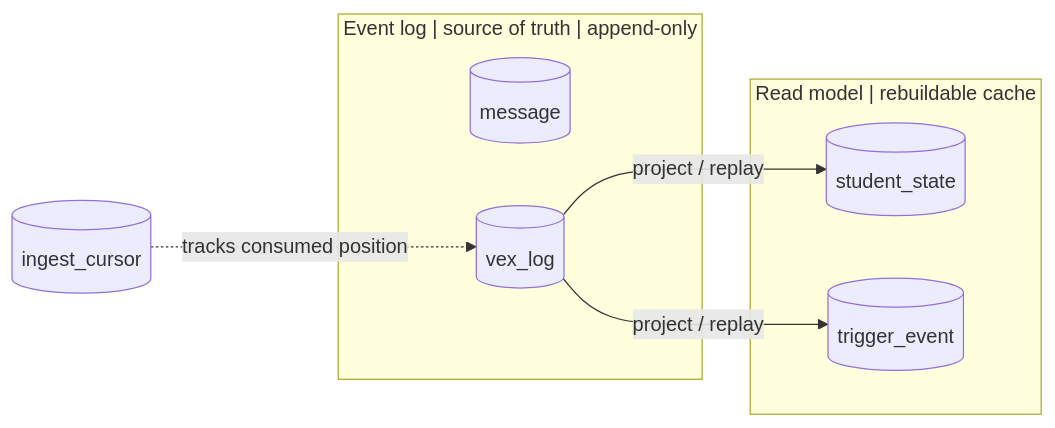
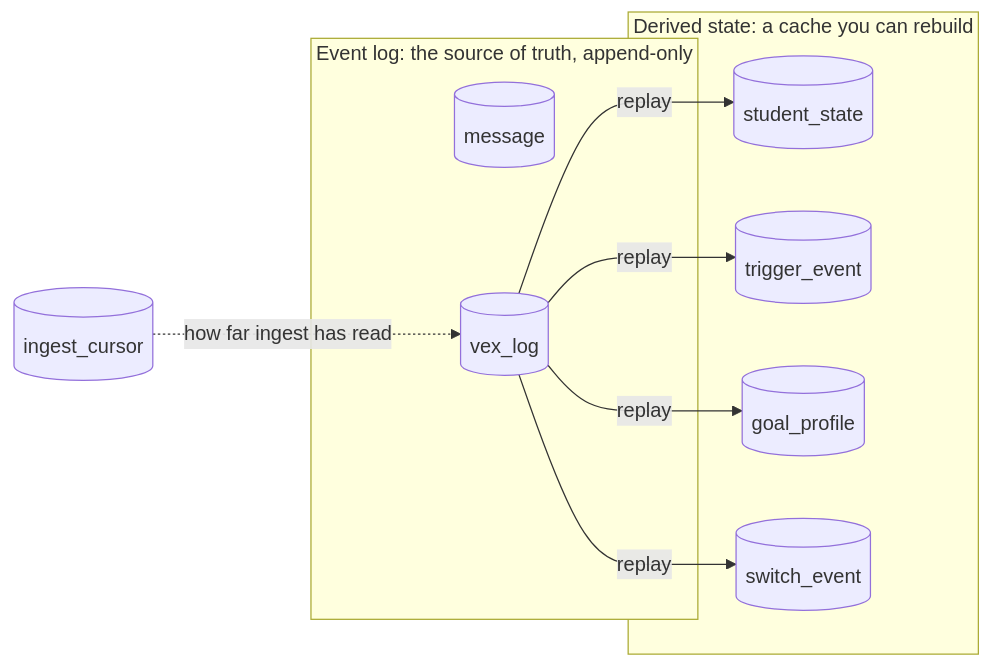
Before and after one commit to InviteInstitute/lm-dashboard: the diagram in docs/concepts/data-model.md, drawn with Mermaid. The commit also changed other lines of this file and 21 other files, not shown here.

````diff
--- a/docs/concepts/data-model.md
+++ b/docs/concepts/data-model.md
@@ -16,15 +13,19 @@
 ```mermaid
 flowchart LR
-    subgraph truth["Event log | source of truth | append-only"]
+    subgraph truth["Event log: the source of truth, append-only"]
         msg[("message")]
         vex[("vex_log")]
     end
-    subgraph cache["Read model | rebuildable cache"]
+    subgraph cache["Derived state: a cache you can rebuild"]
         ss[("student_state")]
         te[("trigger_event")]
+        gp[("goal_profile")]
+        sw[("switch_event")]
     end
     cur[("ingest_cursor")]
-    vex -->|"project / replay"| ss
-    vex -->|"project / replay"| te
-    cur -. "tracks consumed position" .-> vex
+    vex -->|"replay"| ss
+    vex -->|"replay"| te
+    vex -->|"replay"| gp
+    vex -->|"replay"| sw
+    cur -. "how far ingest has read" .-> vex
 ```
````
